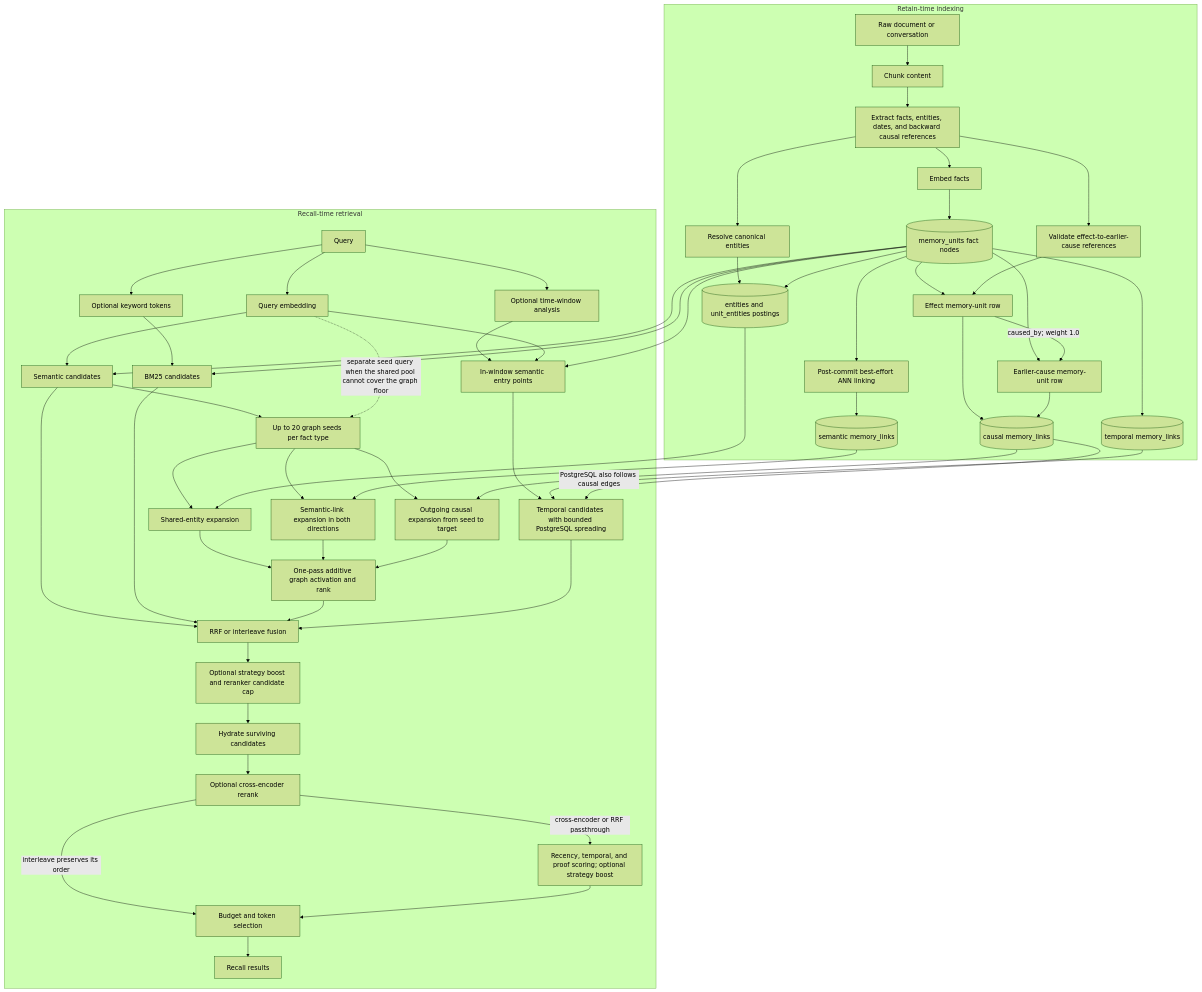
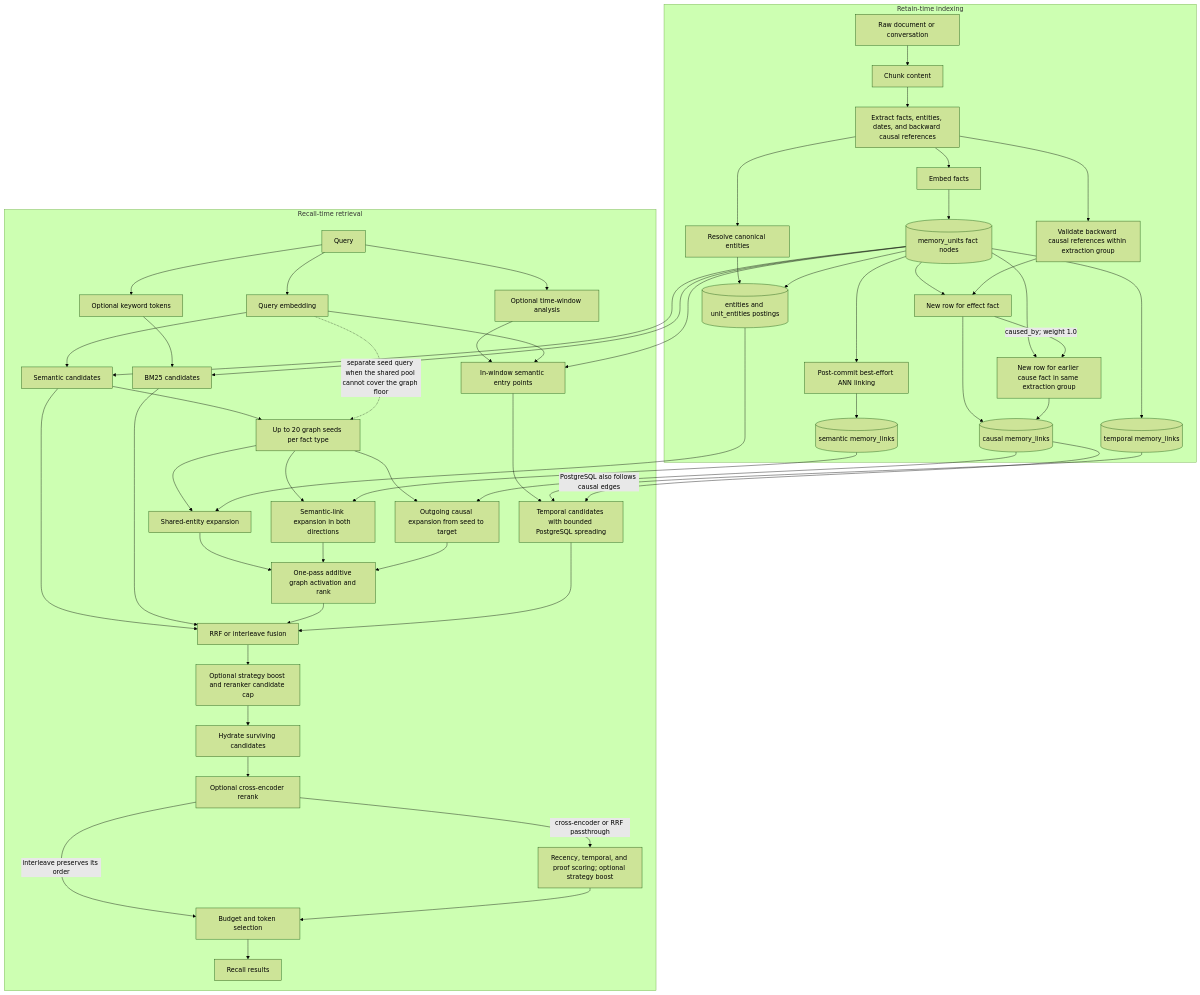
One commit to rocke2020/hindsight changed the diagram in learning/design_points/graph-retrieval-flow.md. Above: the diagram before and after it, drawn with Mermaid (forest theme). The commit also changed other lines of this file and 1 other file, not shown here.

````diff
--- a/learning/design_points/graph-retrieval-flow.md
+++ b/learning/design_points/graph-retrieval-flow.md
@@ -27,60 +27,60 @@
 ```mermaid
 flowchart TD
     subgraph Retain[Retain-time indexing]
         A[Raw document or conversation] --> B[Chunk content]
         B --> C[Extract facts, entities, dates, and backward causal references]
         C --> D[Embed facts]
         C --> E[Resolve canonical entities]
         D --> F[(memory_units fact nodes)]
         E --> G[(entities and unit_entities postings)]
         F --> G
-        C --> CR[Validate effect-to-earlier-cause references]
-        F --> EFFECT[Effect memory-unit row]
-        F --> CAUSE[Earlier-cause memory-unit row]
+        C --> CR[Validate backward causal references within extraction group]
+        F --> EFFECT[New row for effect fact]
+        F --> CAUSE[New row for earlier cause fact in same extraction group]
         CR --> EFFECT
         EFFECT -->|caused_by; weight 1.0| CAUSE
         EFFECT --> H[(causal memory_links)]
         CAUSE --> H
         F --> J[(temporal memory_links)]
         F --> ANN[Post-commit best-effort ANN linking]
         ANN --> I[(semantic memory_links)]
     end
 
     subgraph Recall[Recall-time retrieval]
         Q[Query] --> QE[Query embedding]
         Q --> QT[Optional keyword tokens]
         Q --> QD[Optional time-window analysis]
         QE --> S[Semantic candidates]
         QT --> K[BM25 candidates]
         F --> S
         F --> K
         S --> GS[Up to 20 graph seeds per fact type]
         QE -. separate seed query when the shared pool cannot cover the graph floor .-> GS
         GS --> EE[Shared-entity expansion]
         GS --> SE[Semantic-link expansion in both directions]
         GS --> CA[Outgoing causal expansion from seed to target]
         G --> EE
         I --> SE
         H --> CA
         EE --> GE[One-pass additive graph activation and rank]
         SE --> GE
         CA --> GE
         QD --> TS[In-window semantic entry points]
         QE --> TS
         F --> TS
         TS --> T[Temporal candidates with bounded PostgreSQL spreading]
         J --> T
         H -->|PostgreSQL also follows causal edges| T
         S --> FUSE[RRF or interleave fusion]
         K --> FUSE
         GE --> FUSE
         T --> FUSE
         FUSE --> CAP[Optional strategy boost and reranker candidate cap]
         CAP --> HY[Hydrate surviving candidates]
         HY --> RR[Optional cross-encoder rerank]
         RR -->|cross-encoder or RRF passthrough| SCORE[Recency, temporal, and proof scoring; optional strategy boost]
         RR -->|interleave preserves its order| PACK[Budget and token selection]
         SCORE --> PACK
         PACK --> OUT[Recall results]
     end
 ```
````
